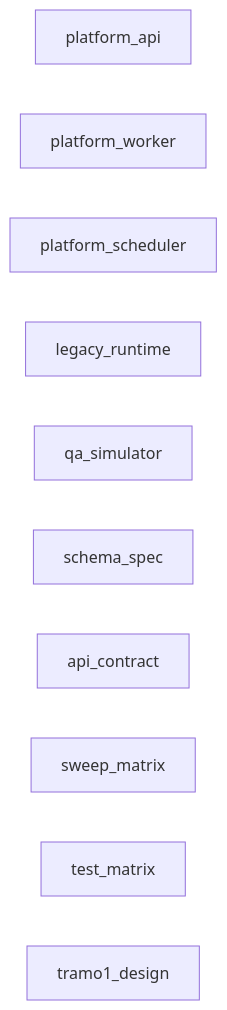
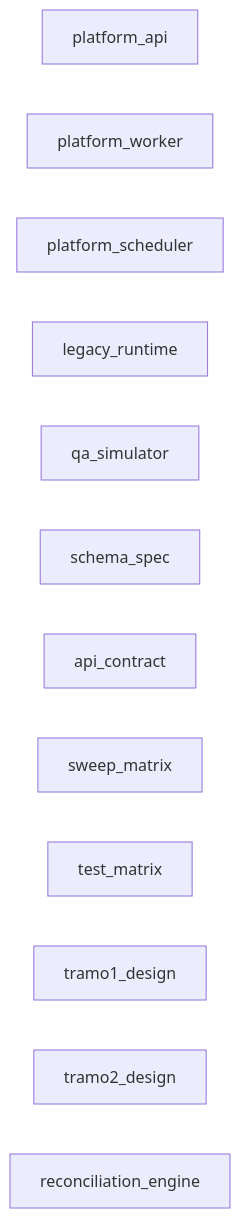
Before and after one commit to fusionbikesok-ui/Herramientas: the first of 5 diagrams in docs/superpowers/deliveries/E1-fundacion-sombra.md, drawn with Mermaid. The commit also changed other lines of this file and 14 other files, not shown here.

````diff
--- a/docs/superpowers/deliveries/E1-fundacion-sombra.md
+++ b/docs/superpowers/deliveries/E1-fundacion-sombra.md
@@ -224,13 +224,15 @@
 ```mermaid
 flowchart LR
   platform_api[platform_api]
   platform_worker[platform_worker]
   platform_scheduler[platform_scheduler]
   legacy_runtime[legacy_runtime]
   qa_simulator[qa_simulator]
   schema_spec[schema_spec]
   api_contract[api_contract]
   sweep_matrix[sweep_matrix]
   test_matrix[test_matrix]
   tramo1_design[tramo1_design]
+  tramo2_design[tramo2_design]
+  reconciliation_engine[reconciliation_engine]
 ```
````
